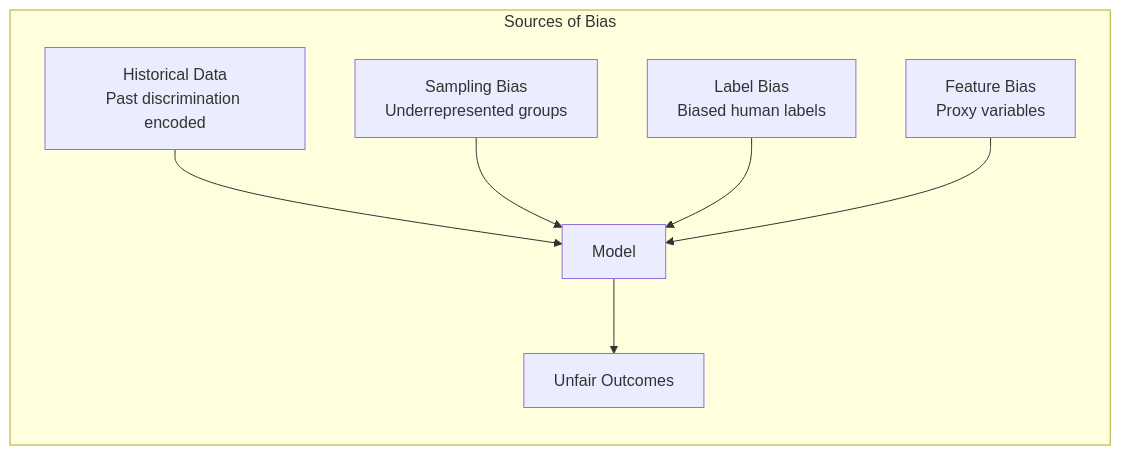
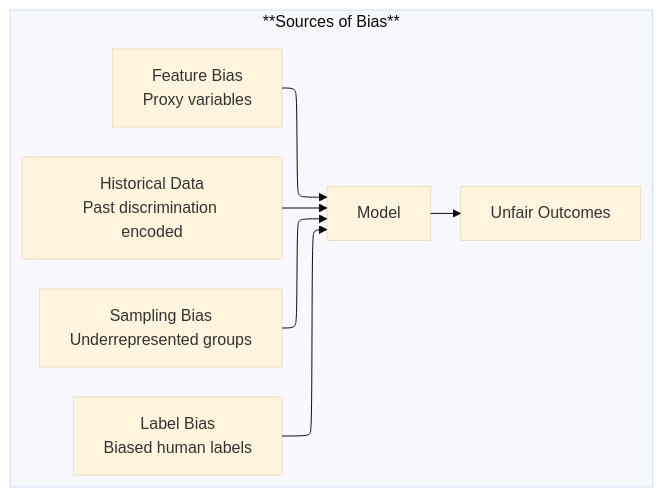
One commit to Vineet-Sharma-Medium-Stories/Medium-Build-Tool changed the third of 5 diagrams in The 2026 AI Metromap/The 2026 AI Metromap: Ethics & Responsible AI – The Safety Systems of the Metro.md. Above: the diagram before and after it, drawn with Mermaid. The commit also changed other lines of this file and 37 other files, not shown here.

````diff
--- a/The 2026 AI Metromap/The 2026 AI Metromap: Ethics & Responsible AI – The Safety Systems of the Metro.md
+++ b/The 2026 AI Metromap/The 2026 AI Metromap: Ethics & Responsible AI – The Safety Systems of the Metro.md
@@ -131,10 +141,15 @@
 ```mermaid
+---
+config:
+  theme: base
+  layout: elk
+---
 graph LR
-    subgraph "Sources of Bias"
+    subgraph "**Sources of Bias**"
         D[Historical Data<br/>Past discrimination encoded] --> M[Model]
         S[Sampling Bias<br/>Underrepresented groups] --> M
         L[Label Bias<br/>Biased human labels] --> M
         F[Feature Bias<br/>Proxy variables] --> M
         M --> U[Unfair Outcomes]
     end
 ```
````
